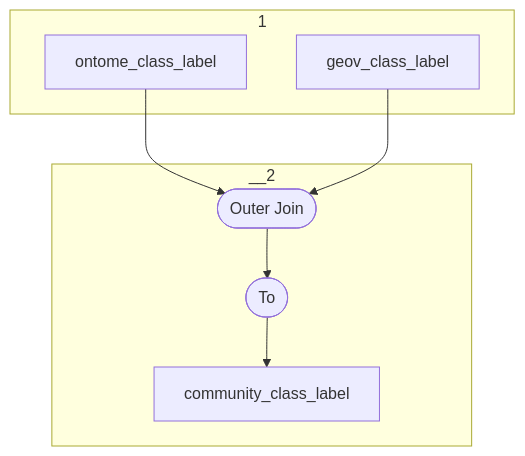
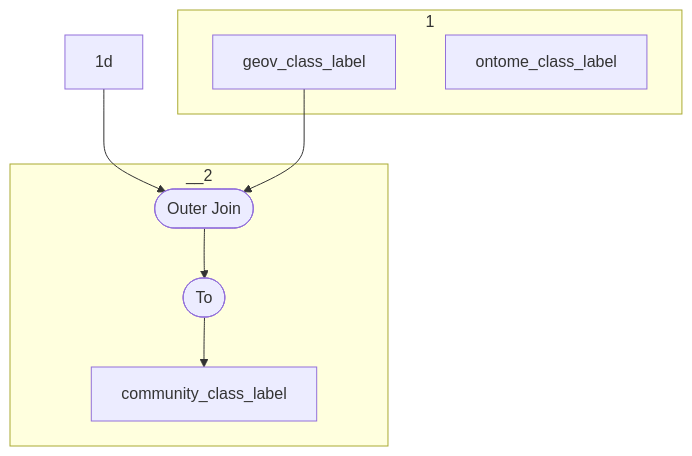
Before and after one commit to geovistory/toolbox-streams: the diagram in app-1-base-config/src/main/java/org/geovistory/toolbox/streams/project/config/processors/CommunityClassLabel.md, drawn with Mermaid. The commit also changed 96 other files, not shown here.

````diff
--- a/app-1-base-config/src/main/java/org/geovistory/toolbox/streams/project/config/processors/CommunityClassLabel.md
+++ b/app-1-base-config/src/main/java/org/geovistory/toolbox/streams/project/config/processors/CommunityClassLabel.md
@@ -6,16 +6,16 @@
 ```mermaid
 flowchart TD
     1d-->2a
     1c-->2a
     2a-->2b-->2c
     subgraph 1
         1c[geov_class_label]
-        1d[ontome_class_label]
+        **x**[ontome_class_label]
     end
     subgraph __2
         2a([Outer Join])
         2b([To])
         2c[community_class_label]
     end  
    
 ```
````
